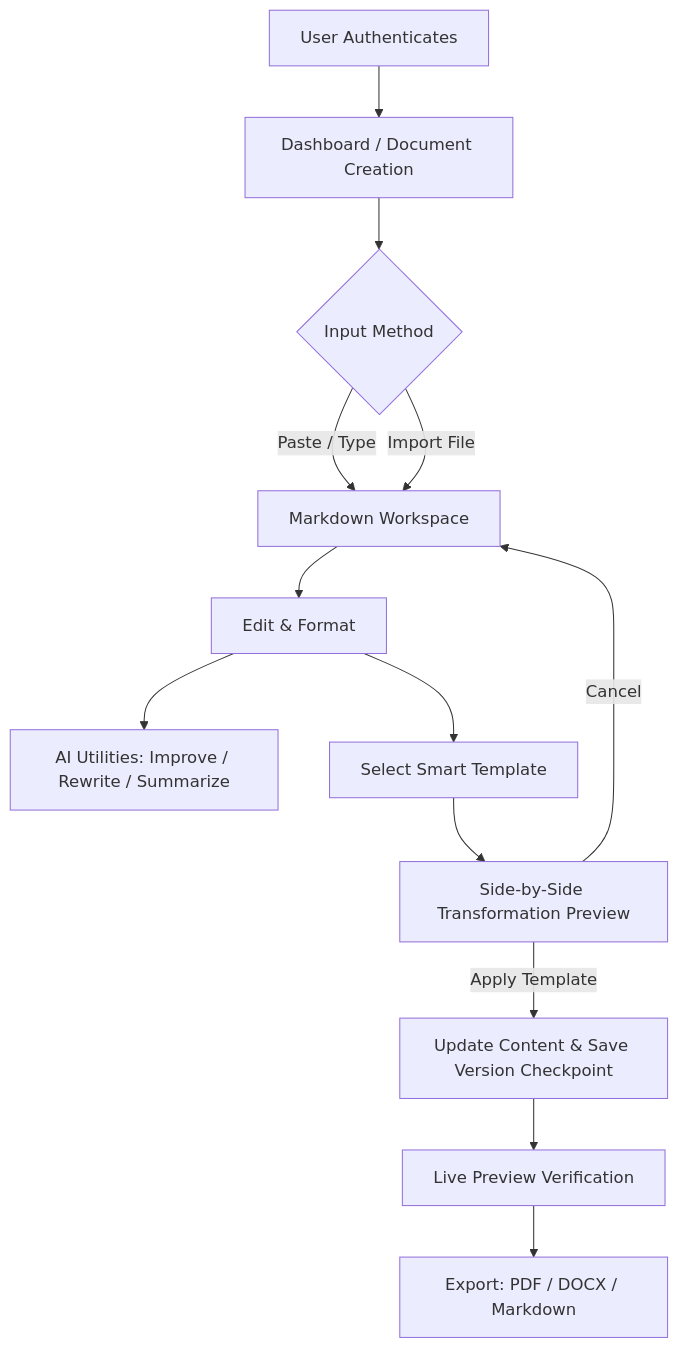
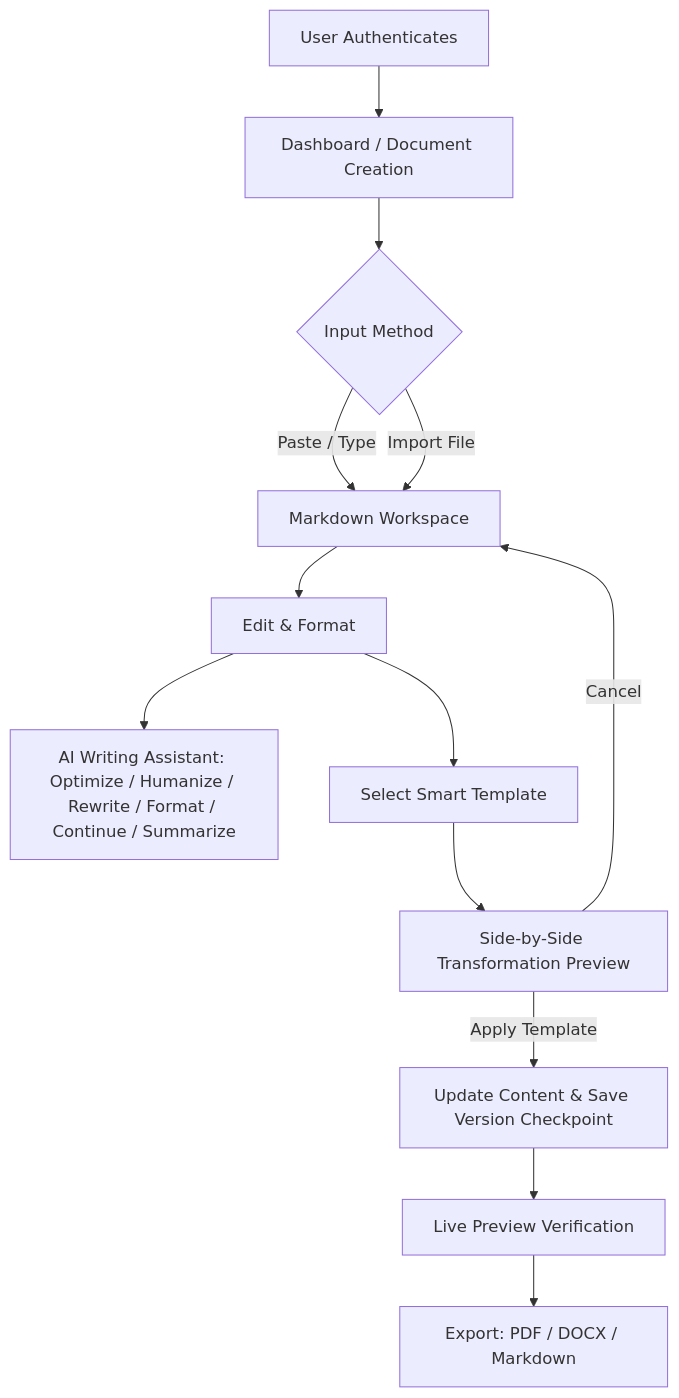
The diagram in README.md (mrashis06/Dastavezz), drawn with Mermaid before and after one commit. The commit also changed other lines of this file and 1 other file, not shown here.

````diff
--- a/README.md
+++ b/README.md
@@ -187,15 +186,15 @@
 ```mermaid
 flowchart TD
     A[User Authenticates] --> B[Dashboard / Document Creation]
     B --> C{Input Method}
     C -->|Paste / Type| D[Markdown Workspace]
     C -->|Import File| D
     D --> E[Edit & Format]
-    E --> F[AI Utilities: Improve / Rewrite / Summarize]
+    E --> F[AI Writing Assistant: Optimize / Humanize / Rewrite / Format / Continue / Summarize]
     E --> G[Select Smart Template]
     G --> H[Side-by-Side Transformation Preview]
     H -->|Cancel| D
     H -->|Apply Template| I[Update Content & Save Version Checkpoint]
     I --> J[Live Preview Verification]
     J --> K[Export: PDF / DOCX / Markdown]
 ```
````
